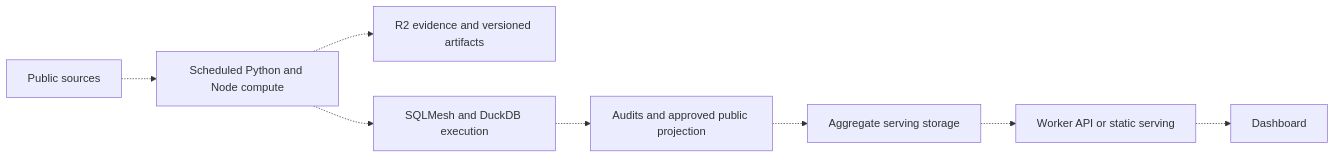
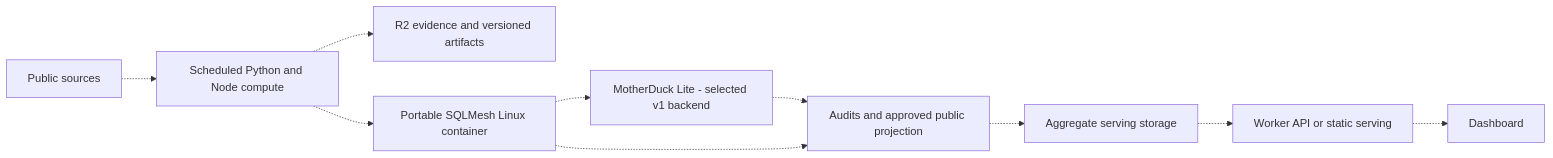
One commit to MSilb7/tempo-mpp-dashboard changed the fourth of 5 diagrams in docs/ARCHITECTURE.md. Above: the diagram before and after it, drawn with Mermaid. The commit also changed other lines of this file and 22 other files, not shown here.

First line of the commit message:
Add MotherDuck adapter, portable SQLMesh runner and offline benchmarks (#3)

````diff
--- a/docs/ARCHITECTURE.md
+++ b/docs/ARCHITECTURE.md
@@ -85,10 +85,12 @@
 ```mermaid
 flowchart LR
     SRC[Public sources] -.-> JOB[Scheduled Python and Node compute]
     JOB -.-> OBJ[R2 evidence and versioned artifacts]
-    JOB -.-> MODEL[SQLMesh and DuckDB execution]
+    JOB -.-> MODEL[Portable SQLMesh Linux container]
+    MODEL -.-> MD[MotherDuck Lite - selected v1 backend]
+    MD -.-> GATE
     MODEL -.-> GATE[Audits and approved public projection]
     GATE -.-> SERVE[Aggregate serving storage]
     SERVE -.-> API[Worker API or static serving]
     API -.-> DASH[Dashboard]
 ```
````
